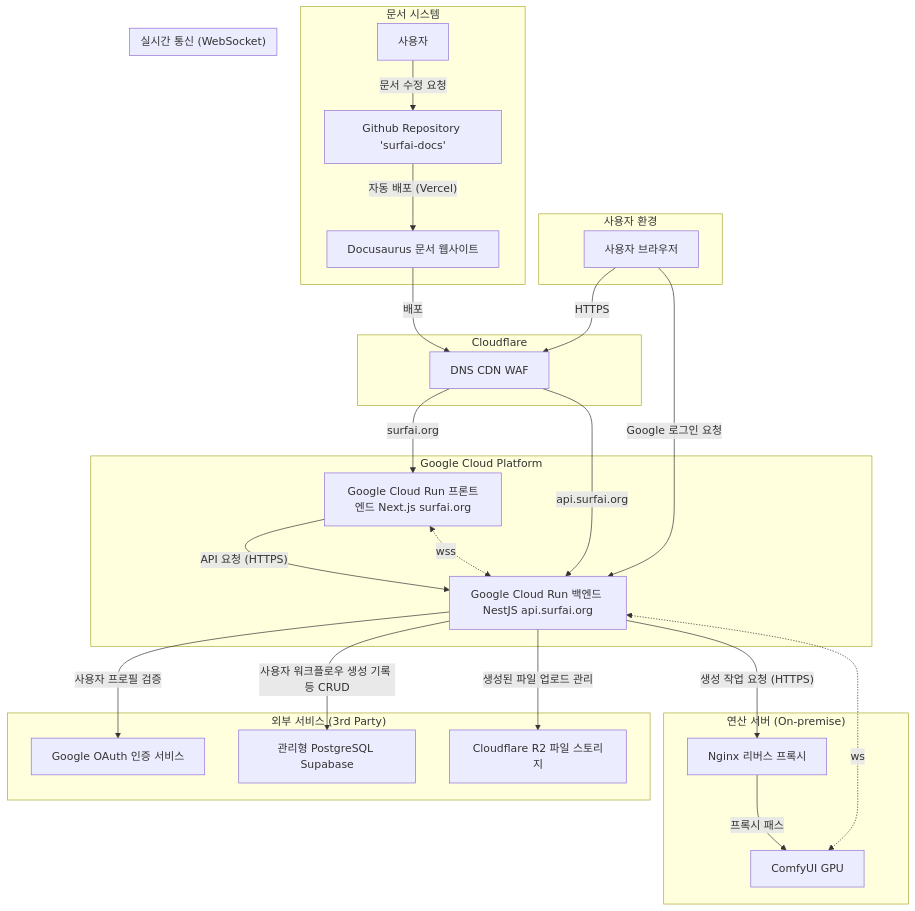
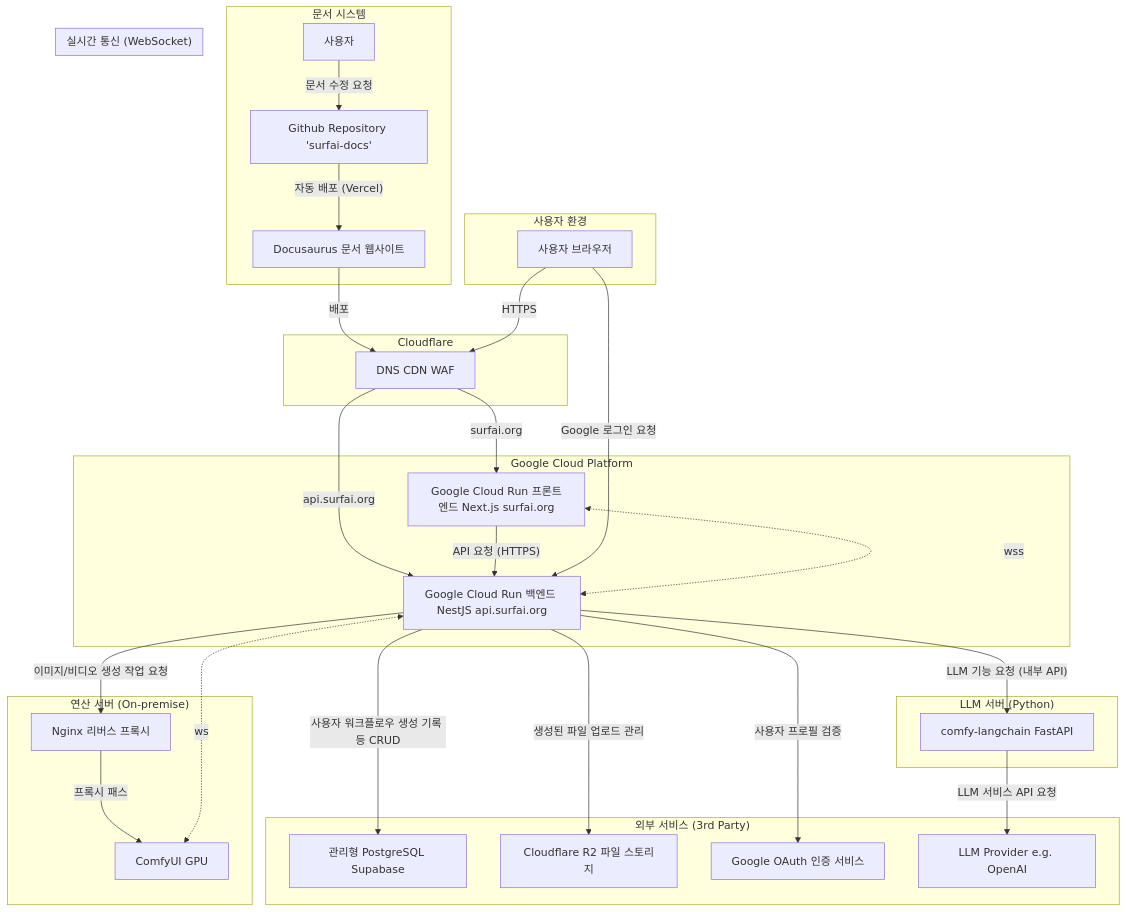
Before and after one commit to jaytsol/surfai-docs: the diagram in website/docs/project-overview/architecture/ARCHITECTURE.md, drawn with Mermaid. The commit also changed other lines of this file and 5 other files, not shown here.

````diff
--- a/website/docs/project-overview/architecture/ARCHITECTURE.md
+++ b/website/docs/project-overview/architecture/ARCHITECTURE.md
@@ -21,58 +21,65 @@
 ```mermaid
 graph TD
     subgraph "사용자 환경"
         A[사용자 브라우저]
     end
 
     subgraph "Cloudflare"
         B[DNS CDN WAF]
     end
 
     subgraph "Google Cloud Platform"
         C[Google Cloud Run 프론트엔드 Next.js surfai.org]
         D[Google Cloud Run 백엔드 NestJS api.surfai.org]
     end
 
     subgraph "외부 서비스 (3rd Party)"
         E[관리형 PostgreSQL Supabase]
         F[Cloudflare R2 파일 스토리지]
         H[Google OAuth 인증 서비스]
+        K[LLM Provider e.g. OpenAI]
     end
     
     subgraph "연산 서버 (On-premise)"
         G_Proxy[Nginx 리버스 프록시]
         G[ComfyUI GPU]
         G_Proxy -- 프록시 패스 --> G
+    end
+
+    subgraph "LLM 서버 (Python)"
+        L[comfy-langchain FastAPI]
     end
 
     subgraph "문서 시스템"
         I[Docusaurus 문서 웹사이트]
         J[Github Repository 'surfai-docs']
         I -- 배포 --> B
         사용자 -- 문서 수정 요청 --> J
         J -- 자동 배포 (Vercel) --> I
     end
 
     %% --- 데이터 흐름 정의 ---
 
     A -- HTTPS --> B;
     B -- surfai.org --> C;
     B -- api.surfai.org --> D;
     
     C -- API 요청 (HTTPS) --> D;
     
     %% 인증 흐름
     A -- Google 로그인 요청 --> D;
     D -- 사용자 프로필 검증 --> H;
 
     %% 백엔드 로직
     D -- "사용자 워크플로우 생성 기록 등 CRUD" --> E;
     D -- "생성된 파일 업로드 관리" --> F;
-    D -- 생성 작업 요청 (HTTPS) --> G_Proxy;
+    D -- "이미지/비디오 생성 작업 요청" --> G_Proxy;
+    D -- "LLM 기능 요청 (내부 API)" --> L;
+    L -- "LLM 서비스 API 요청" --> K;
     
     %% 실시간 통신 (WebSocket)
     subgraph "실시간 통신 (WebSocket)"
         C <-. wss .-> D
         D <-. ws .-> G
     end
 ```
````
